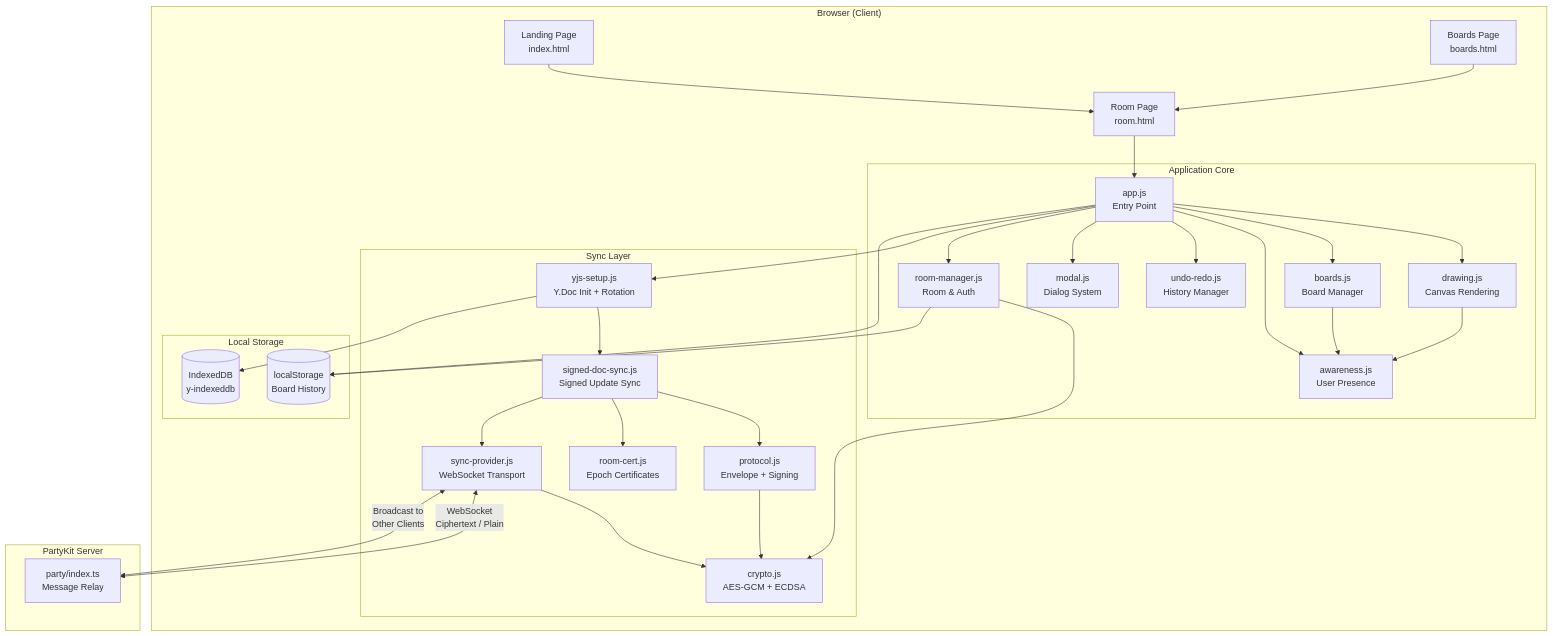
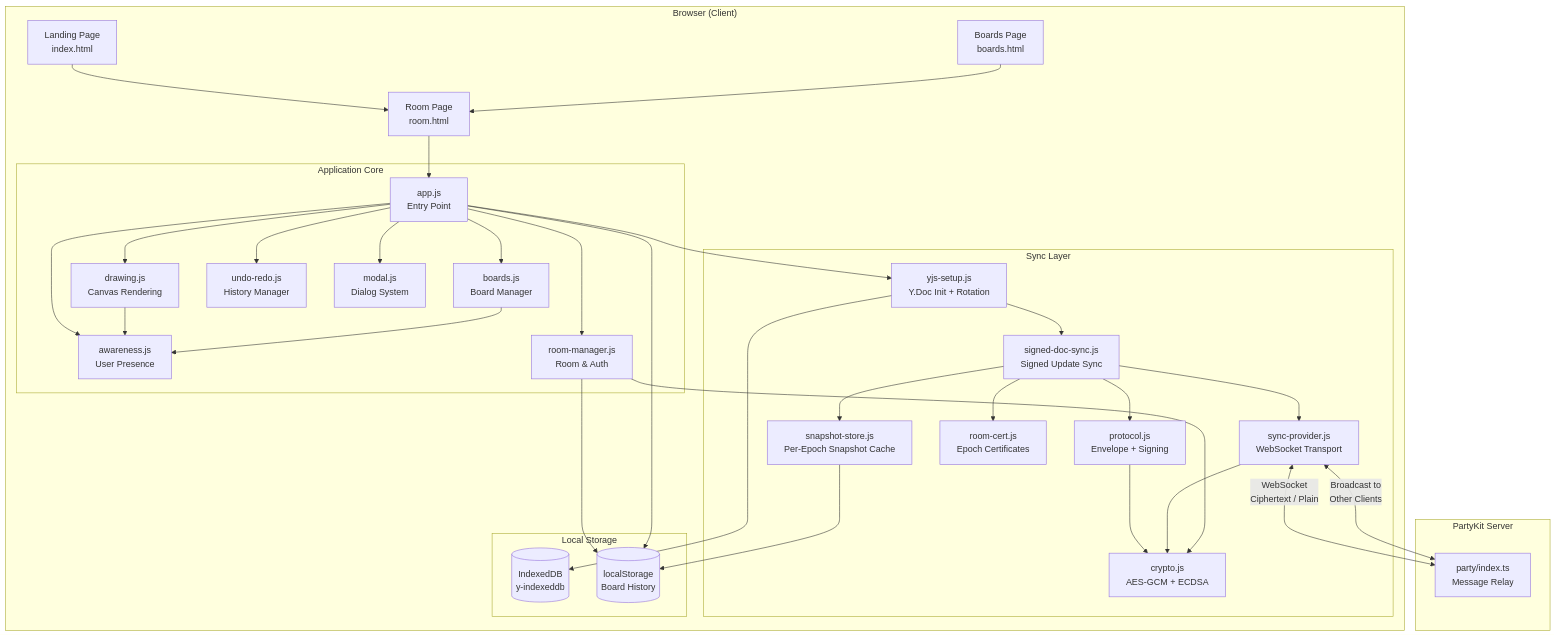
Before and after one commit to Technical-1/Private-Collab-Whiteboard: the first of 2 diagrams in .portfolio/architecture.md, drawn with Mermaid. The commit also changed other lines of this file and 3 other files, not shown here.

````diff
--- a/.portfolio/architecture.md
+++ b/.portfolio/architecture.md
@@ -5,65 +5,68 @@
 ```mermaid
 flowchart TD
     subgraph Browser["Browser (Client)"]
         LP[Landing Page<br>index.html]
         BP[Boards Page<br>boards.html]
         RP[Room Page<br>room.html]
 
         subgraph AppCore["Application Core"]
             APP[app.js<br>Entry Point]
             DRW[drawing.js<br>Canvas Rendering]
             BRD[boards.js<br>Board Manager]
             AWR[awareness.js<br>User Presence]
             UND[undo-redo.js<br>History Manager]
             MOD[modal.js<br>Dialog System]
             RM[room-manager.js<br>Room & Auth]
         end
 
         subgraph SyncLayer["Sync Layer"]
             YJS[yjs-setup.js<br>Y.Doc Init + Rotation]
             SDS[signed-doc-sync.js<br>Signed Update Sync]
             PROTO[protocol.js<br>Envelope + Signing]
             SP[sync-provider.js<br>WebSocket Transport]
             CRY[crypto.js<br>AES-GCM + ECDSA]
             CERT[room-cert.js<br>Epoch Certificates]
+            SNAP[snapshot-store.js<br>Per-Epoch Snapshot Cache]
         end
 
         subgraph Storage["Local Storage"]
             IDB[(IndexedDB<br>y-indexeddb)]
             LS[(localStorage<br>Board History)]
         end
     end
 
     subgraph Server["PartyKit Server"]
         PK[party/index.ts<br>Message Relay]
     end
 
     LP --> RP
     BP --> RP
     RP --> APP
     APP --> DRW
     APP --> BRD
     APP --> AWR
     APP --> UND
     APP --> MOD
     APP --> RM
 
     APP --> YJS
     YJS --> SDS
     SDS --> PROTO
     SDS --> CERT
     PROTO --> CRY
     SDS --> SP
+    SDS --> SNAP
     SP --> CRY
+    SNAP --> LS
     YJS --> IDB
 
     SP <-->|WebSocket<br>Ciphertext / Plain| PK
     PK <-->|Broadcast to<br>Other Clients| SP
 
     RM --> CRY
     RM --> LS
     APP --> LS
 
     DRW --> AWR
     BRD --> AWR
 ```
````
